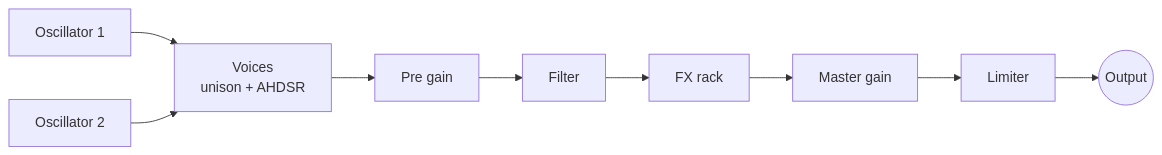
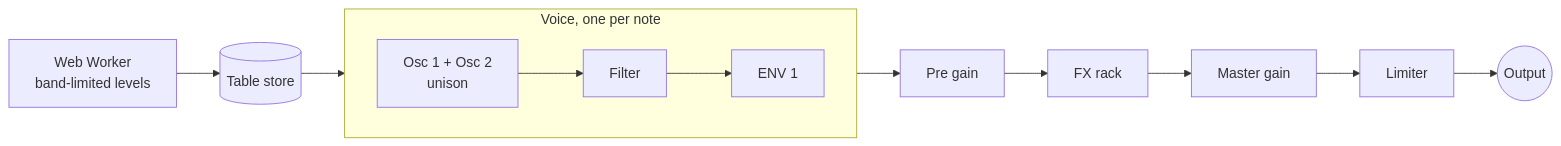
One commit to qvantor/waveform changed the diagram in README.md. Above: the diagram before and after it, drawn with Mermaid. The commit also changed other lines of this file and 27 other files, not shown here.

````diff
--- a/README.md
+++ b/README.md
@@ -169,6 +190,10 @@
 ```mermaid
 flowchart LR
-  OSC1[Oscillator 1] --> V[Voices<br/>unison + AHDSR]
-  OSC2[Oscillator 2] --> V
-  V --> PRE[Pre gain] --> F[Filter] --> FX[FX rack] --> M[Master gain] --> L[Limiter] --> OUT((Output))
+  W[Web Worker<br/>band-limited levels] --> S[(Table store)]
+  S --> V
+  subgraph V[Voice, one per note]
+    direction LR
+    O[Osc 1 + Osc 2<br/>unison] --> F[Filter] --> E[ENV 1]
+  end
+  V --> PRE[Pre gain] --> FX[FX rack] --> M[Master gain] --> L[Limiter] --> OUT((Output))
 ```
````
